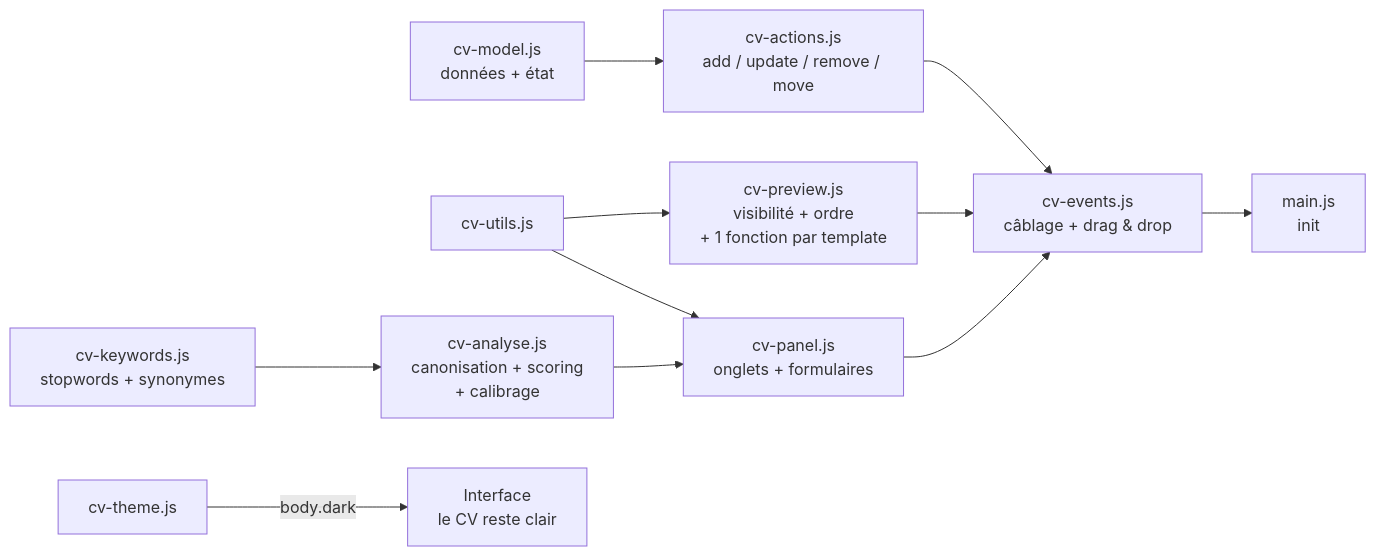
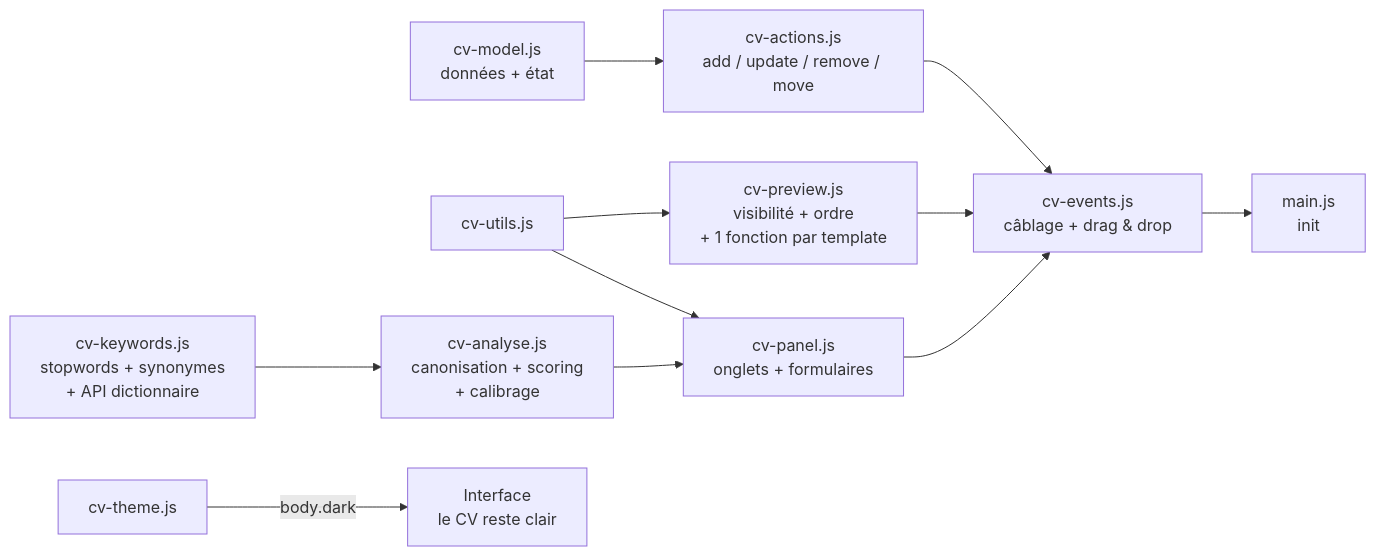
Before and after one commit to LepetitPortfolio/CV-Editor: the diagram in README.md, drawn with Mermaid. The commit also changed other lines of this file, not shown here.

````diff
--- a/README.md
+++ b/README.md
@@ -125,13 +127,13 @@
 ```mermaid
 flowchart LR
     M[cv-model.js<br/>données + état] --> A[cv-actions.js<br/>add / update / remove / move]
     U[cv-utils.js] --> P[cv-panel.js<br/>onglets + formulaires]
     U --> V[cv-preview.js<br/>visibilité + ordre<br/>+ 1 fonction par template]
-    K[cv-keywords.js<br/>stopwords + synonymes] --> AN[cv-analyse.js<br/>canonisation + scoring<br/>+ calibrage]
+    K[cv-keywords.js<br/>stopwords + synonymes<br/>+ API dictionnaire] --> AN[cv-analyse.js<br/>canonisation + scoring<br/>+ calibrage]
     AN --> P
     A --> E[cv-events.js<br/>câblage + drag & drop]
     P --> E
     V --> E
     E --> I[main.js<br/>init]
     G[cv-theme.js] -->|body.dark| H[Interface<br/>le CV reste clair]
 ```
````
